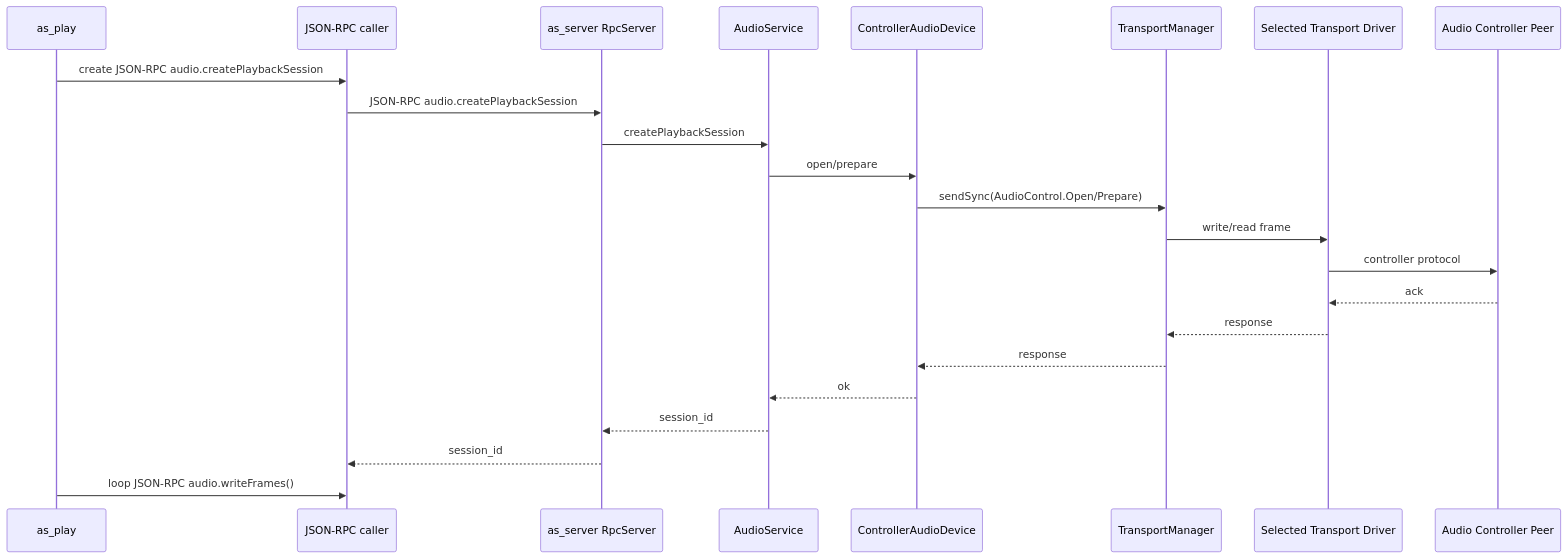
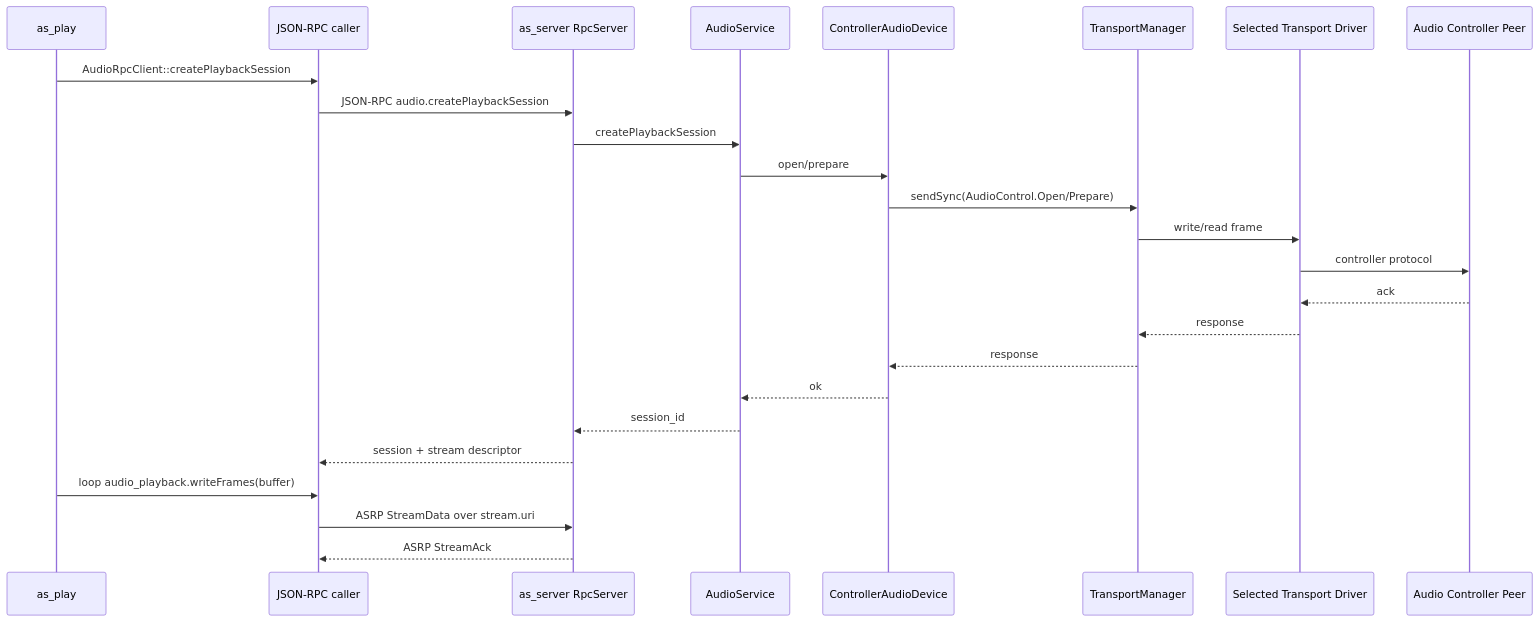
Before and after one commit to handsomeleeshu/Audio-Studio: the tenth of 15 diagrams in docs/audio_studio_framework_design.md, drawn with Mermaid. The commit also changed other lines of this file and 40 other files, not shown here.

Commit message:
Implement RPC audio stream flow

````diff
--- a/docs/audio_studio_framework_design.md
+++ b/docs/audio_studio_framework_design.md
@@ -1930,26 +2275,28 @@
 ```mermaid
 sequenceDiagram
   participant CLI as as_play
   participant RPC as JSON-RPC caller
   participant Server as as_server RpcServer
   participant Service as AudioService
   participant Dev as ControllerAudioDevice
   participant TM as TransportManager
   participant TDrv as Selected Transport Driver
   participant AC as Audio Controller Peer
 
-  CLI->>RPC: create JSON-RPC audio.createPlaybackSession
+  CLI->>RPC: AudioRpcClient::createPlaybackSession
   RPC->>Server: JSON-RPC audio.createPlaybackSession
   Server->>Service: createPlaybackSession
   Service->>Dev: open/prepare
   Dev->>TM: sendSync(AudioControl.Open/Prepare)
   TM->>TDrv: write/read frame
   TDrv->>AC: controller protocol
   AC-->>TDrv: ack
   TDrv-->>TM: response
   TM-->>Dev: response
   Dev-->>Service: ok
   Service-->>Server: session_id
-  Server-->>RPC: session_id
-  CLI->>RPC: loop JSON-RPC audio.writeFrames()
+  Server-->>RPC: session + stream descriptor
+  CLI->>RPC: loop audio_playback.writeFrames(buffer)
+  RPC->>Server: ASRP StreamData over stream.uri
+  Server-->>RPC: ASRP StreamAck
 ```
````
